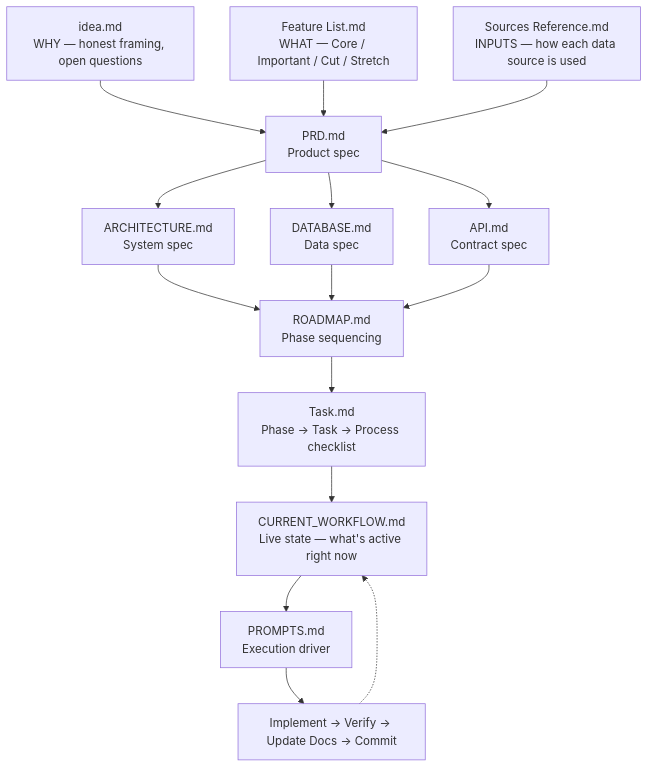
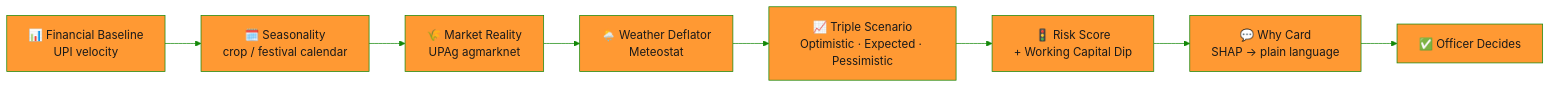
The first of 4 diagrams in README.md (Agnik47/Fasal-Becho), drawn with Mermaid before and after one commit. The commit also changed other lines of this file and 1 other file, not shown here.

````diff
--- a/README.md
+++ b/README.md
@@ -105,17 +77,11 @@
 ```mermaid
-flowchart TD
-    A["idea.md<br/>WHY — honest framing, open questions"] --> D["PRD.md<br/>Product spec"]
-    B["Feature List.md<br/>WHAT — Core / Important / Cut / Stretch"] --> D
-    C["Sources Reference.md<br/>INPUTS — how each data source is used"] --> D
-    D --> E["ARCHITECTURE.md<br/>System spec"]
-    D --> F["DATABASE.md<br/>Data spec"]
-    D --> G["API.md<br/>Contract spec"]
-    E --> H["ROADMAP.md<br/>Phase sequencing"]
-    F --> H
-    G --> H
-    H --> I["Task.md<br/>Phase → Task → Process checklist"]
-    I --> J["CURRENT_WORKFLOW.md<br/>Live state — what's active right now"]
-    J --> K["PROMPTS.md<br/>Execution driver"]
-    K --> L["Implement → Verify → Update Docs → Commit"]
-    L -.-> J
+%%{init: {'theme':'base', 'themeVariables': {'primaryColor':'#FF9933','primaryTextColor':'#1a1a1a','primaryBorderColor':'#138808','lineColor':'#138808','secondaryColor':'#ffffff','tertiaryColor':'#e8f5e9'}}}%%
+flowchart LR
+    A["📊 Financial Baseline<br/>UPI velocity"] --> B["🗓️ Seasonality<br/>crop / festival calendar"]
+    B --> C["🌾 Market Reality<br/>UPAg agmarknet"]
+    C --> D["🌦️ Weather Deflator<br/>Meteostat"]
+    D --> E["📈 Triple Scenario<br/>Optimistic · Expected · Pessimistic"]
+    E --> F["🚦 Risk Score<br/>+ Working Capital Dip"]
+    F --> G["💬 Why Card<br/>SHAP → plain language"]
+    G --> H["✅ Officer Decides"]
 ```
````
